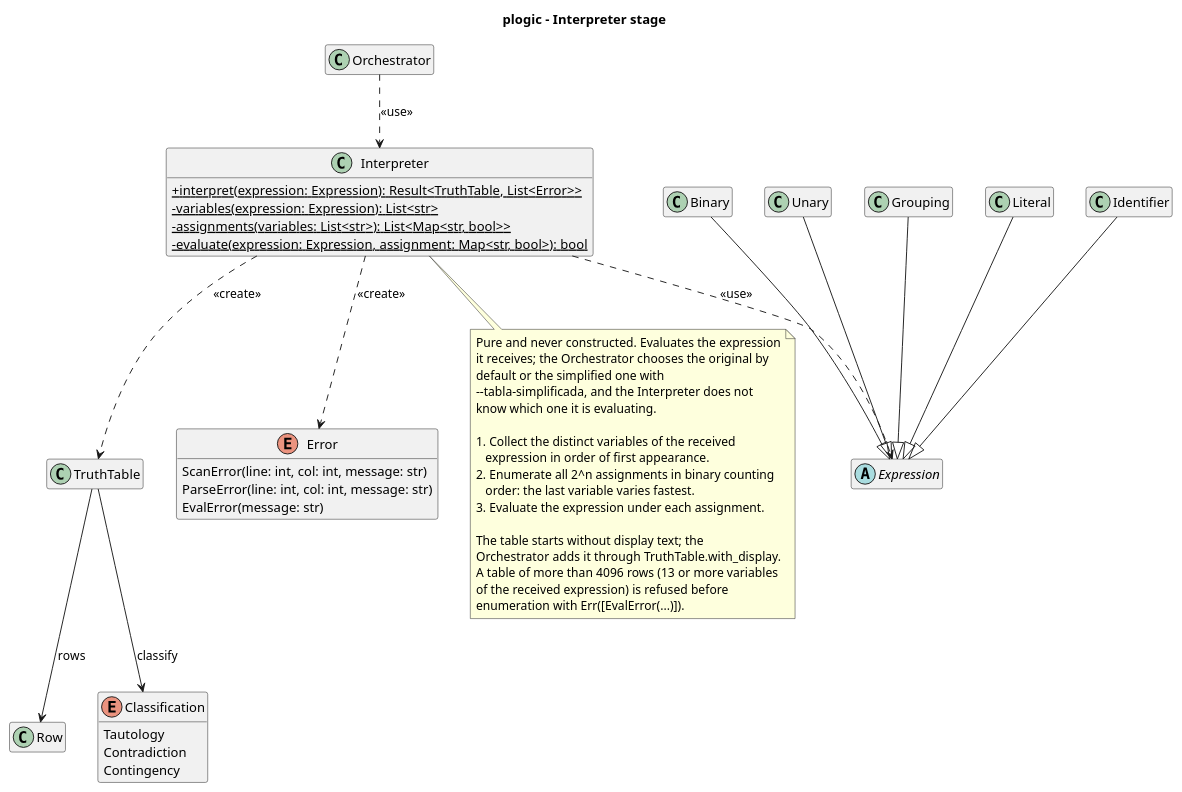
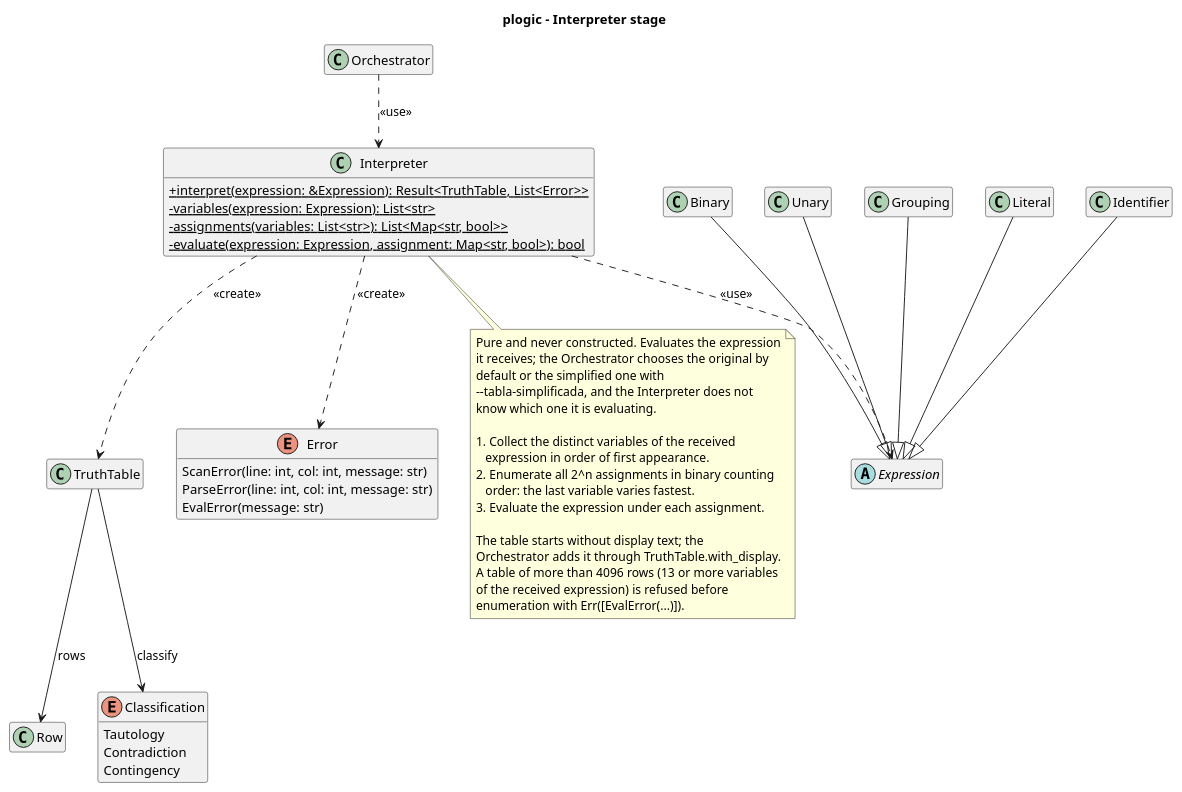
Before and after one commit to Josgtg/plogic: the diagram in design/diagrams/interpreter_class.puml, drawn with PlantUML. The commit also changed 6 other files, not shown here.

Commit message:
design: document the interpreter and truth-table details

```diff
--- a/design/diagrams/interpreter_class.puml
+++ b/design/diagrams/interpreter_class.puml
@@ -1,78 +1,78 @@
 @startuml interpreter_class
 title plogic - Interpreter stage
 
 skinparam classAttributeIconSize 0
 hide empty members
 
 class Orchestrator
 
 class Interpreter {
-  +{static} interpret(expression: Expression): Result<TruthTable, List<Error>>
+  +{static} interpret(expression: &Expression): Result<TruthTable, List<Error>>
   -{static} variables(expression: Expression): List<str>
   -{static} assignments(variables: List<str>): List<Map<str, bool>>
   -{static} evaluate(expression: Expression, assignment: Map<str, bool>): bool
 }
 
 abstract class Expression
 
 class Binary
 
 class Unary
 
 class Grouping
 
 class Literal
 
 class Identifier
 
 class TruthTable
 
 class Row
 
 enum Classification {
   Tautology
   Contradiction
   Contingency
 }
 
 enum Error {
   ScanError(line: int, col: int, message: str)
   ParseError(line: int, col: int, message: str)
   EvalError(message: str)
 }
 
 note bottom of Interpreter
   Pure and never constructed. Evaluates the expression
   it receives; the Orchestrator chooses the original by
   default or the simplified one with
   --tabla-simplificada, and the Interpreter does not
   know which one it is evaluating.
 
   1. Collect the distinct variables of the received
      expression in order of first appearance.
   2. Enumerate all 2^n assignments in binary counting
      order: the last variable varies fastest.
   3. Evaluate the expression under each assignment.
 
   The table starts without display text; the
   Orchestrator adds it through TruthTable.with_display.
   A table of more than 4096 rows (13 or more variables
   of the received expression) is refused before
   enumeration with Err([EvalError(...)]).
 end note
 
 Orchestrator ..> Interpreter : <<use>>
 Interpreter ..> Expression : <<use>>
 Interpreter ..> TruthTable : <<create>>
 Interpreter ..> Error : <<create>>
 
 TruthTable --> Row : rows
 TruthTable --> Classification : classify
 
 Binary --|> Expression
 Unary --|> Expression
 Grouping --|> Expression
 Literal --|> Expression
 Identifier --|> Expression
 
 @enduml
```
